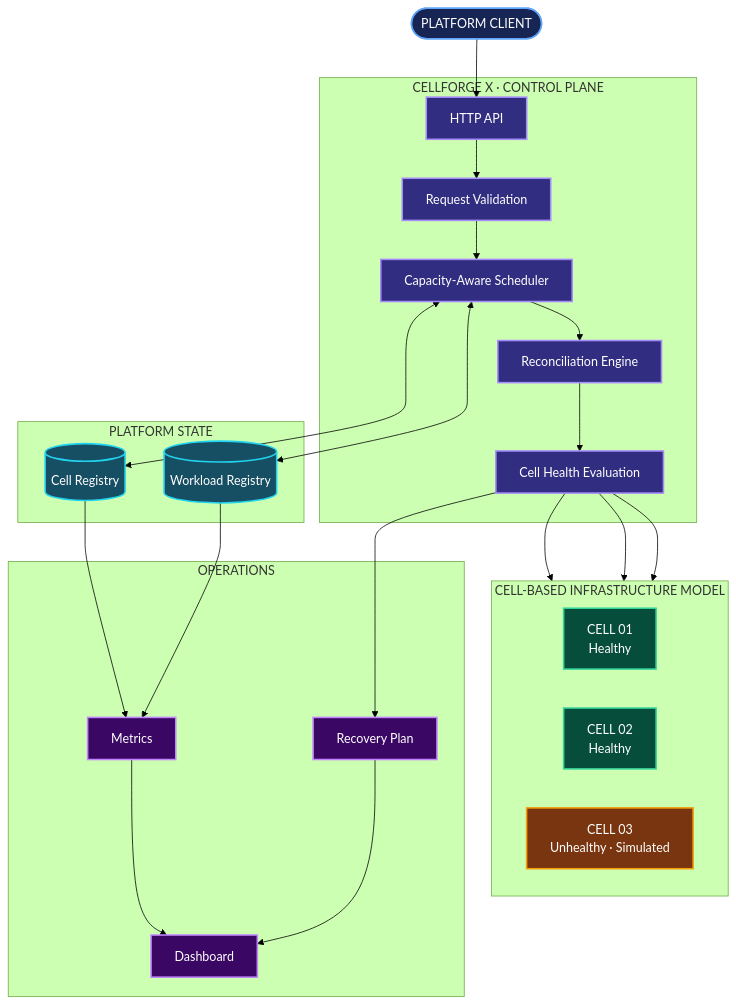
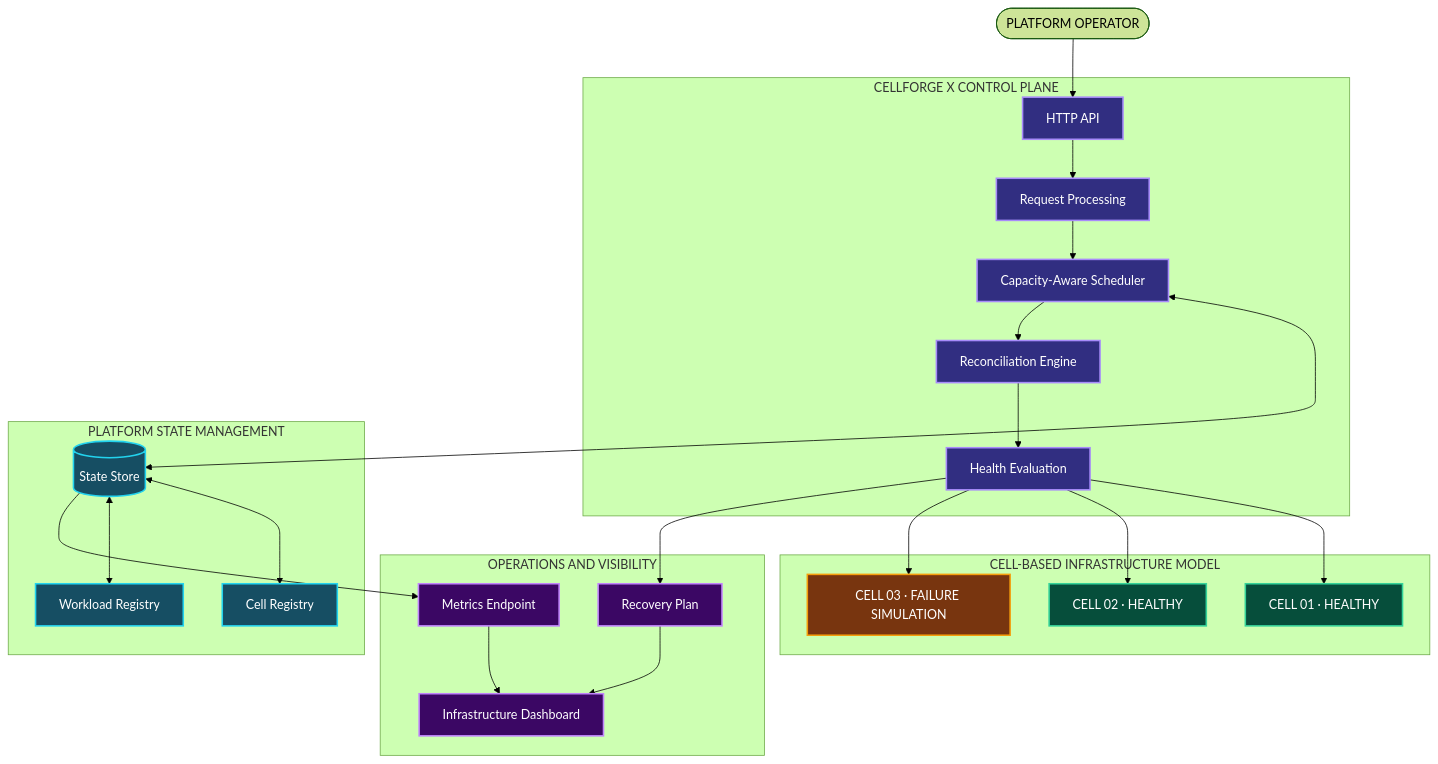
The first of 2 diagrams in README.md (akankshad1712/cellforge-x-multi-cluster-platform), drawn with Mermaid (forest theme) before and after one commit. The commit also changed other lines of this file, not shown here.

````diff
--- a/README.md
+++ b/README.md
@@ -48,57 +49,58 @@
 ```mermaid
 flowchart TB
-    CLIENT(["PLATFORM CLIENT"])
+    USER(["PLATFORM OPERATOR"])
 
-    subgraph CP["CELLFORGE X · CONTROL PLANE"]
-      API["HTTP API"]
-      VALIDATE["Request Validation"]
-      SCHED["Capacity-Aware Scheduler"]
-      RECON["Reconciliation Engine"]
-      HEALTH["Cell Health Evaluation"]
+    subgraph CONTROL["CELLFORGE X CONTROL PLANE"]
+        API["HTTP API"]
+        VALIDATOR["Request Processing"]
+        SCHEDULER["Capacity-Aware Scheduler"]
+        RECON["Reconciliation Engine"]
+        HEALTH["Health Evaluation"]
     end
 
-    subgraph DATA["PLATFORM STATE"]
-      REG[("Cell Registry")]
-      WORK[("Workload Registry")]
+    subgraph STATE["PLATFORM STATE MANAGEMENT"]
+        STORE[("State Store")]
+        CELLREG["Cell Registry"]
+        WORKREG["Workload Registry"]
     end
 
-    subgraph CELLS["CELL-BASED INFRASTRUCTURE MODEL"]
-      direction LR
-      A["CELL 01<br/>Healthy"]
-      B["CELL 02<br/>Healthy"]
-      C["CELL 03<br/>Unhealthy · Simulated"]
+    subgraph INFRA["CELL-BASED INFRASTRUCTURE MODEL"]
+        C1["CELL 01 · HEALTHY"]
+        C2["CELL 02 · HEALTHY"]
+        C3["CELL 03 · FAILURE SIMULATION"]
     end
 
-    subgraph OBS["OPERATIONS"]
-      METRICS["Metrics"]
-      DASH["Dashboard"]
-      RECOVERY["Recovery Plan"]
+    subgraph OPS["OPERATIONS AND VISIBILITY"]
+        METRICS["Metrics Endpoint"]
+        DASH["Infrastructure Dashboard"]
+        RECOVERY["Recovery Plan"]
     end
 
-    CLIENT --> API --> VALIDATE --> SCHED
-    SCHED <--> REG
-    SCHED <--> WORK
-    SCHED --> RECON --> HEALTH
-    HEALTH --> A
-    HEALTH --> B
-    HEALTH --> C
+    USER --> API
+    API --> VALIDATOR
+    VALIDATOR --> SCHEDULER
+    SCHEDULER <--> STORE
+    STORE <--> CELLREG
+    STORE <--> WORKREG
+    SCHEDULER --> RECON
+    RECON --> HEALTH
+    HEALTH --> C1
+    HEALTH --> C2
+    HEALTH --> C3
     HEALTH --> RECOVERY
+    STORE --> METRICS
+    METRICS --> DASH
     RECOVERY --> DASH
-    REG --> METRICS
-    WORK --> METRICS
-    METRICS --> DASH
 
-    classDef api fill:#312E81,stroke:#A78BFA,color:#FFFFFF,stroke-width:2px
-    classDef data fill:#164E63,stroke:#22D3EE,color:#FFFFFF,stroke-width:2px
+    classDef control fill:#312E81,stroke:#A78BFA,color:#FFFFFF,stroke-width:2px
+    classDef state fill:#164E63,stroke:#22D3EE,color:#FFFFFF,stroke-width:2px
     classDef healthy fill:#064E3B,stroke:#34D399,color:#FFFFFF,stroke-width:2px
-    classDef unhealthy fill:#78350F,stroke:#F59E0B,color:#FFFFFF,stroke-width:2px
-    classDef ops fill:#3B0764,stroke:#C084FC,color:#FFFFFF,stroke-width:2px
-    classDef client fill:#172554,stroke:#60A5FA,color:#FFFFFF,stroke-width:2px
+    classDef failure fill:#78350F,stroke:#F59E0B,color:#FFFFFF,stroke-width:2px
+    classDef operations fill:#3B0764,stroke:#C084FC,color:#FFFFFF,stroke-width:2px
 
-    class API,VALIDATE,SCHED,RECON,HEALTH api
-    class REG,WORK data
-    class A,B healthy
-    class C unhealthy
-    class METRICS,DASH,RECOVERY ops
-    class CLIENT client
+    class API,VALIDATOR,SCHEDULER,RECON,HEALTH control
+    class STORE,CELLREG,WORKREG state
+    class C1,C2 healthy
+    class C3 failure
+    class METRICS,DASH,RECOVERY operations
 ```
````
